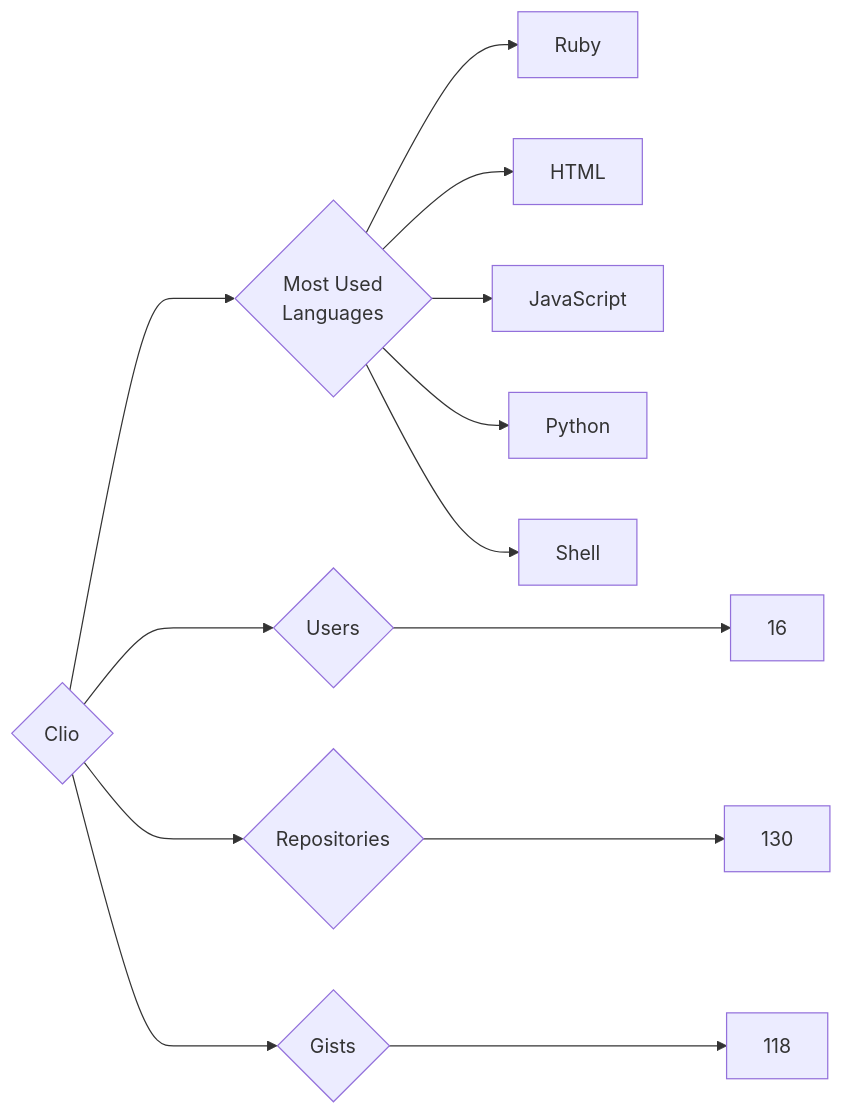
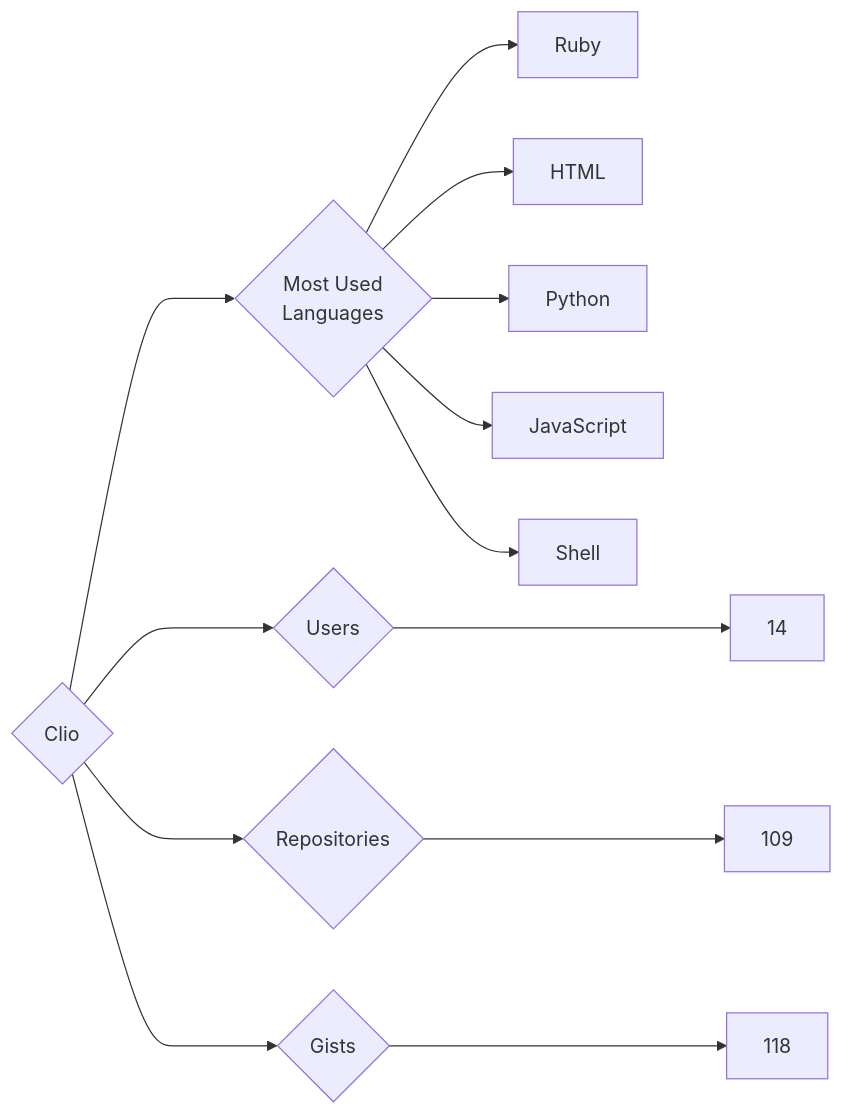
One commit to trickest/insiders changed the diagram in targets/Clio/README.md. Above: the diagram before and after it, drawn with Mermaid. The commit also changed 629 other files, not shown here.

````diff
--- a/targets/Clio/README.md
+++ b/targets/Clio/README.md
@@ -3,13 +3,13 @@
 ```mermaid
 graph LR
 COMPANY_NAME{Clio}
-COMPANY_NAME ---> U{Users} ---> UN[16]
-COMPANY_NAME ---> R{Repositories} ---> RN[130]
+COMPANY_NAME ---> U{Users} ---> UN[14]
+COMPANY_NAME ---> R{Repositories} ---> RN[109]
 COMPANY_NAME ---> G{Gists} ---> GN[118]
 COMPANY_NAME ---> ML{Most Used<br>Languages}
 ML --> Ruby[Ruby]
 ML --> HTML[HTML]
+ML --> Python[Python]
 ML --> JavaScript[JavaScript]
-ML --> Python[Python]
 ML --> Shell[Shell]
 ```
````
